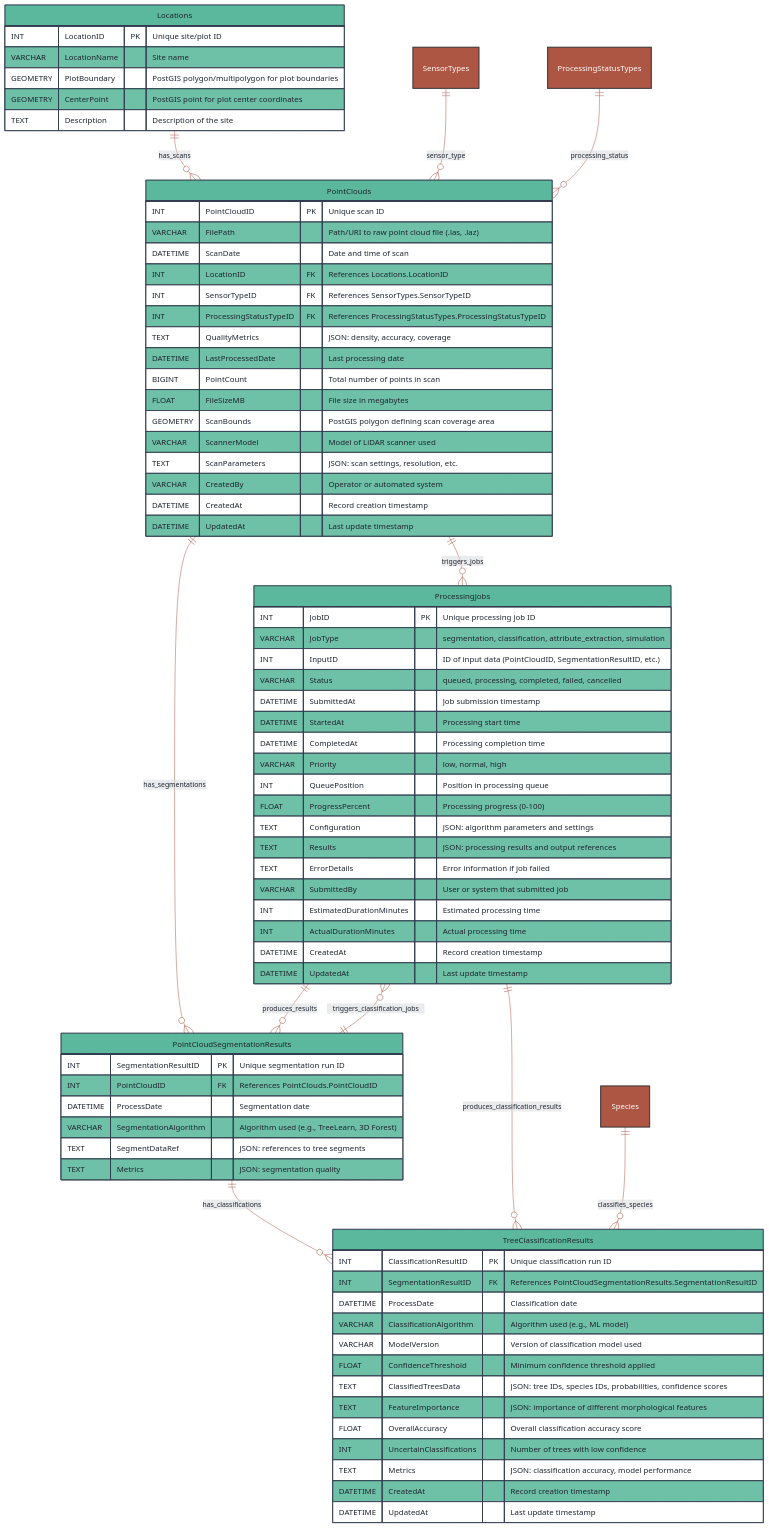
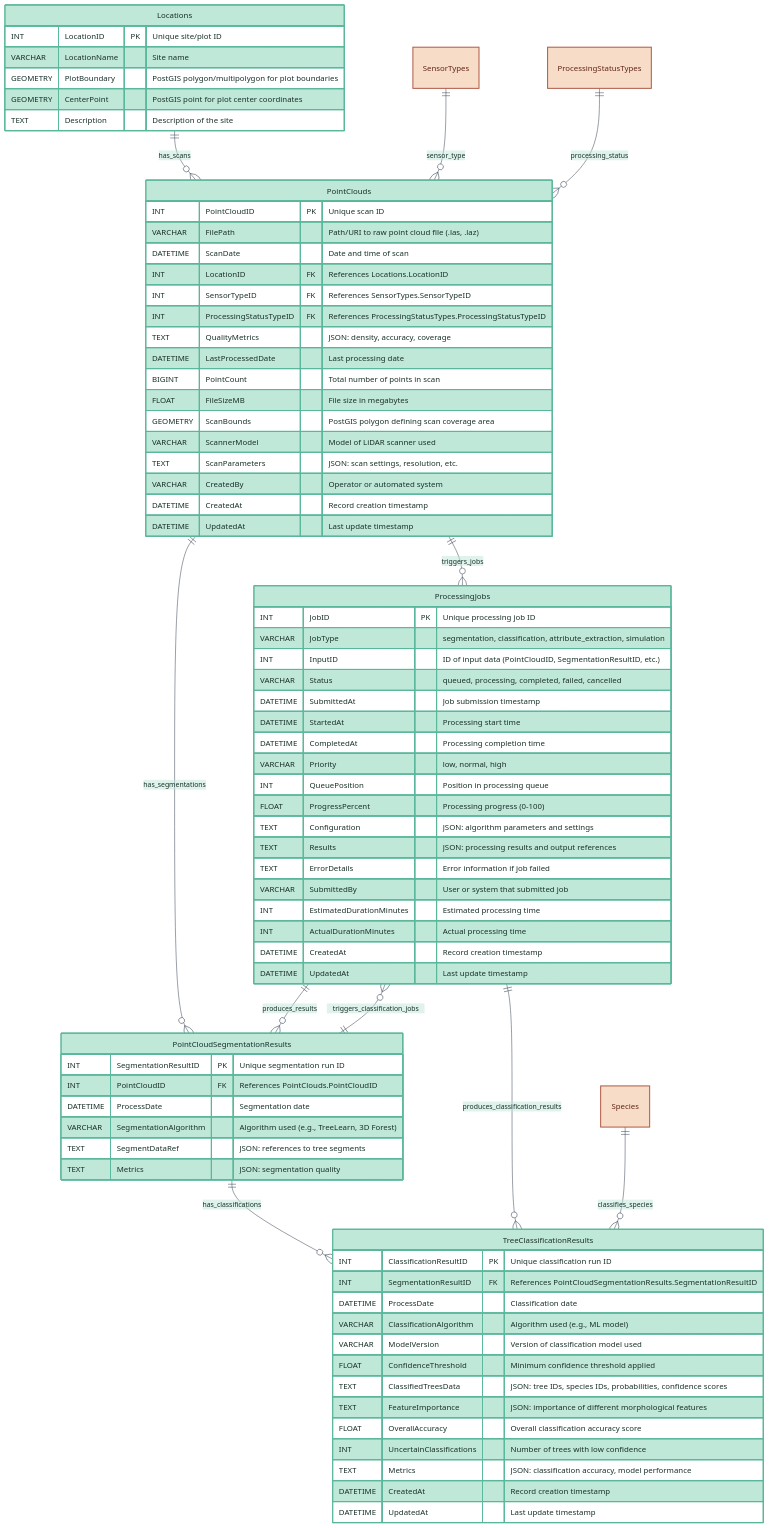
The second of 6 diagrams in docs/architecture/database-design.md (XRFutureForests/digital-twin-db), drawn with Mermaid before and after one commit. The commit also changed other lines of this file and 13 other files, not shown here.

````diff
--- a/docs/architecture/database-design.md
+++ b/docs/architecture/database-design.md
@@ -62,16 +87,16 @@
     'themeVariables': {
       'background': '#FFFFFF',
       'fontFamily': 'verdana',
-      'lineColor': '#ad5643',
-      'primaryColor': '#5cb89c',
-      'primaryTextColor': '#1d242f',
-      'primaryBorderColor': '#313d4f',
-      'secondaryColor': '#d6aaa1',
-      'secondaryTextColor': '#1d242f',
-      'secondaryBorderColor': '#ad5643',
-      'tertiaryColor': '#d5d8db',
-      'tertiaryTextColor': '#1d242f',
-      'tertiaryBorderColor': '#313d4f'
+      'lineColor': '#313d4f',
+      'primaryColor': '#8cdbc0',
+      'primaryTextColor': '#183029',
+      'primaryBorderColor': '#265e4d',
+      'secondaryColor': '#71a897',
+      'secondaryTextColor': '#183029',
+      'secondaryBorderColor': '#458875',
+      'tertiaryColor': '#c0e8d9',
+      'tertiaryTextColor': '#183029',
+      'tertiaryBorderColor': '#5cb89c'
     }
   }
 }%%
@@ -166,7 +191,12 @@
     ProcessingJobs ||--o{ TreeClassificationResults : produces_classification_results
     Species ||--o{ TreeClassificationResults : classifies_species
 
-    %% Color reference/lookup tables differently
-    classDef refTable fill:#ad5643,stroke:#333,stroke-width:2px,color:#fff
+    %% Consistent table coloring across all chapters
+    %% Reference/lookup tables - Rust palette (light)
+    classDef refTable fill:#f7dcc7,stroke:#ad5643,stroke-width:2px,color:#612515
+    %% Core/main tables - Mint palette (light) 
+    classDef coreTable fill:#c0e8d9,stroke:#5cb89c,stroke-width:2px,color:#183029
+    
     class ProcessingStatusTypes,SensorTypes,Species refTable
+    class Locations,PointClouds,ProcessingJobs,PointCloudSegmentationResults,TreeClassificationResults coreTable
 ```
````
